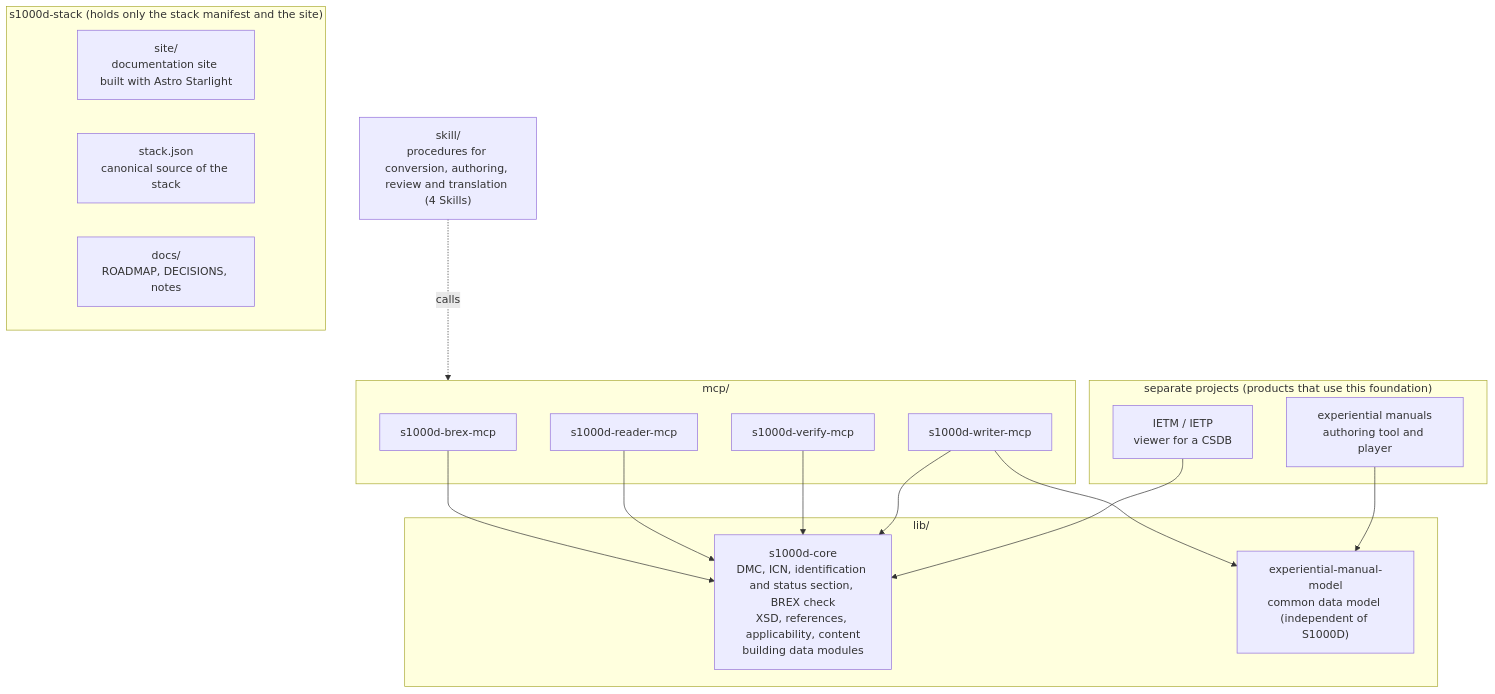
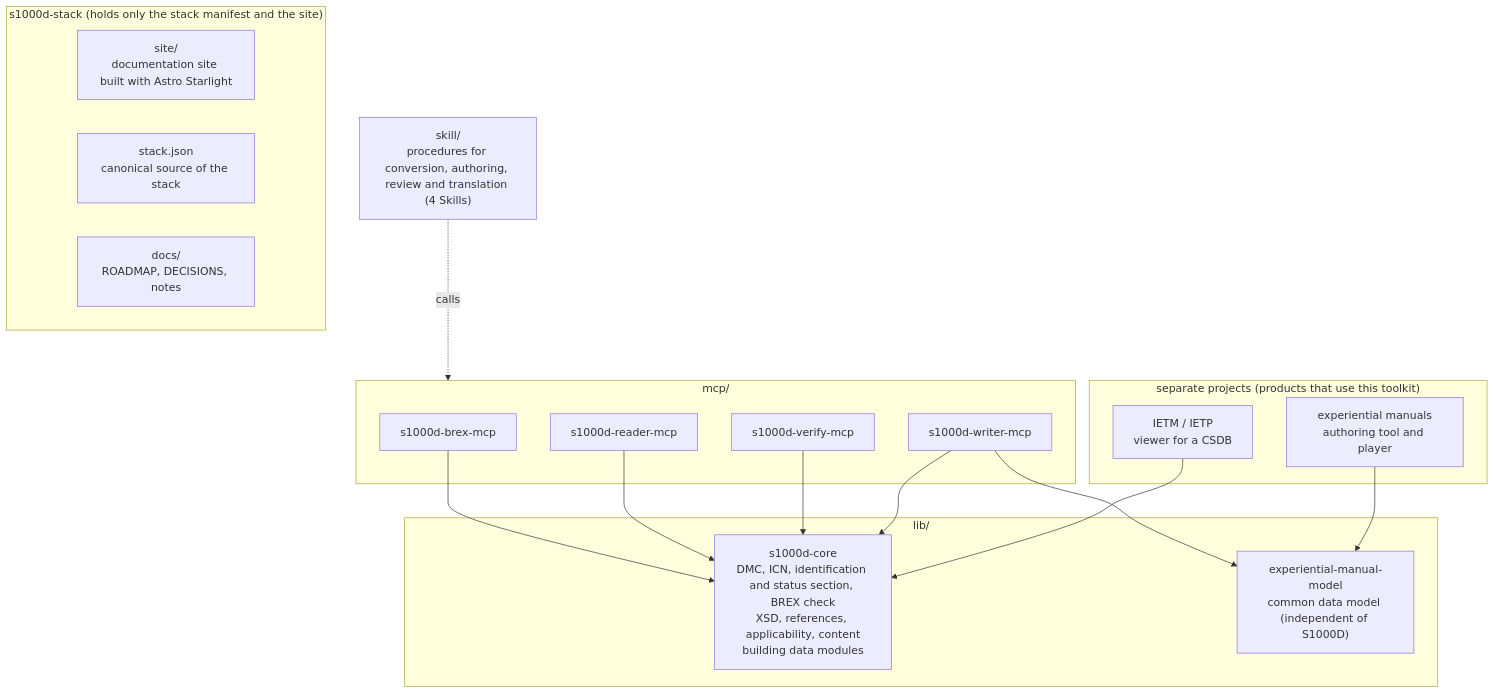
Before and after one commit to shuji-bonji/s1000d-stack: the diagram in README.md, drawn with Mermaid. The commit also changed other lines of this file and 14 other files, not shown here.

````diff
--- a/README.md
+++ b/README.md
@@ -38,31 +38,31 @@
 ```mermaid
 flowchart TB
   subgraph Hub["s1000d-stack (holds only the stack manifest and the site)"]
     SITE["site/<br/>documentation site built with Astro Starlight"]
     STACK["stack.json<br/>canonical source of the stack"]
     DOCS["docs/<br/>ROADMAP, DECISIONS, notes"]
   end
   subgraph Lib["lib/"]
     CORE["s1000d-core<br/>DMC, ICN, identification and status section, BREX check<br/>XSD, references, applicability, content<br/>building data modules"]
     MODEL["experiential-manual-model<br/>common data model (independent of S1000D)"]
   end
   subgraph Mcp["mcp/"]
     BREX["s1000d-brex-mcp"]
     R["s1000d-reader-mcp"]
     V["s1000d-verify-mcp"]
     W["s1000d-writer-mcp"]
   end
-  subgraph Products["separate projects (products that use this foundation)"]
+  subgraph Products["separate projects (products that use this toolkit)"]
     XM["experiential manuals<br/>authoring tool and player"]
     IETP["IETM / IETP<br/>viewer for a CSDB"]
   end
   SK["skill/<br/>procedures for conversion, authoring, review and translation (4 Skills)"]
   BREX --> CORE
   R --> CORE
   V --> CORE
   W --> CORE
   W --> MODEL
   XM --> MODEL
   IETP --> CORE
   SK -.calls.-> Mcp
 ```
````
